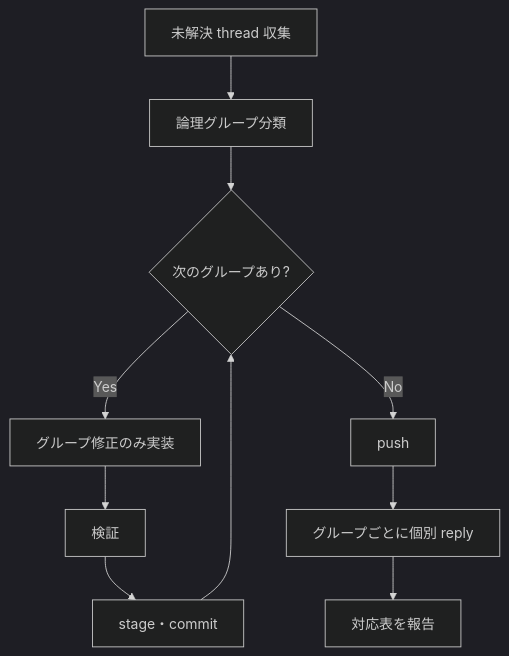
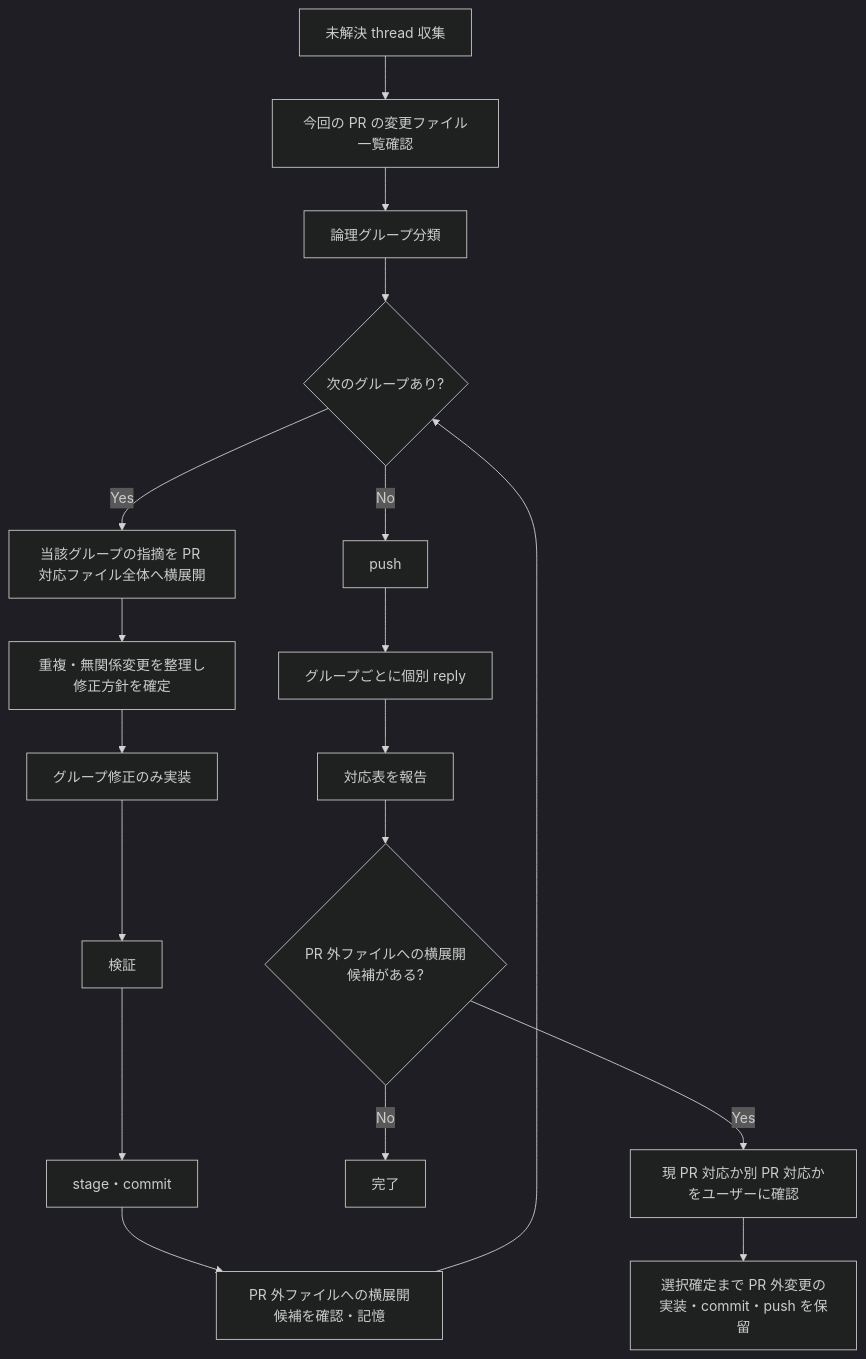
One commit to melumuccu/ai changed the diagram in .agents/skills/#kf-global-commands/kf-g-command-do-pr-rev-comment/references/group-commit-reply-sequence.md. Above: the diagram before and after it, drawn with Mermaid (dark theme). The commit also changed other lines of this file and 2 other files, not shown here.

Commit message:
chore: skills > 指摘事項の対応範囲を横展開 (#79)

````diff
--- a/.agents/skills/#kf-global-commands/kf-g-command-do-pr-rev-comment/references/group-commit-reply-sequence.md
+++ b/.agents/skills/#kf-global-commands/kf-g-command-do-pr-rev-comment/references/group-commit-reply-sequence.md
@@ -5,12 +5,20 @@
 ```mermaid
 flowchart TD
-  A[未解決 thread 収集] --> B[論理グループ分類]
-  B --> C{次のグループあり?}
-  C -->|Yes| D[グループ修正のみ実装]
-  D --> E[検証]
-  E --> F[stage・commit]
-  F --> C
-  C -->|No| G[push]
-  G --> H[グループごとに個別 reply]
-  H --> J[対応表を報告]
+  A[未解決 thread 収集] --> B[今回の PR の変更ファイル一覧確認]
+  B --> C[論理グループ分類]
+  C --> D{次のグループあり?}
+  D -->|Yes| E[当該グループの指摘を PR 対応ファイル全体へ横展開]
+  E --> F[重複・無関係変更を整理し修正方針を確定]
+  F --> G[グループ修正のみ実装]
+  G --> H[検証]
+  H --> I[stage・commit]
+  I --> Z[PR 外ファイルへの横展開候補を確認・記憶]
+  Z --> D
+  D -->|No| J[push]
+  J --> K[グループごとに個別 reply]
+  K --> L[対応表を報告]
+  L --> N{PR 外ファイルへの横展開候補がある?}
+  N -->|No| O[完了]
+  N -->|Yes| P[現 PR 対応か別 PR 対応かをユーザーに確認]
+  P --> Q[選択確定まで PR 外変更の実装・commit・push を保留]
 ```
````
